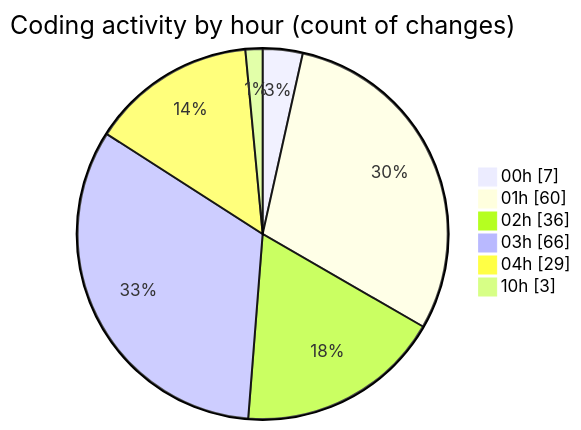
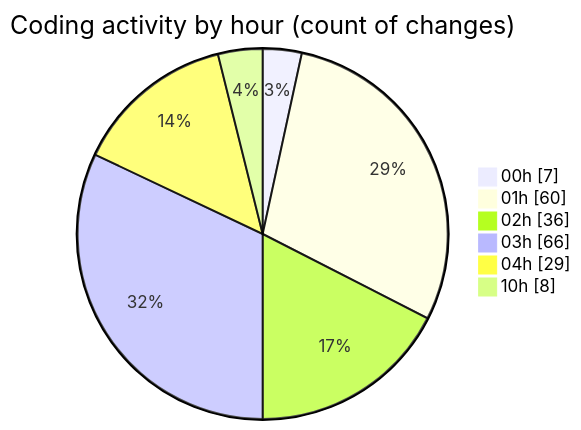
The second of 2 diagrams in 2025-10-07/eventscop-frontend-guide__workspace_/README.md (julien-gomy/code-tracking), drawn with Mermaid before and after one commit. The commit also changed other lines of this file and 1 other file, not shown here.

````diff
--- a/2025-10-07/eventscop-frontend-guide__workspace_/README.md
+++ b/2025-10-07/eventscop-frontend-guide__workspace_/README.md
@@ -96,10 +98,10 @@
 ```mermaid
 pie showData
 title Coding activity by hour (count of changes)
 "00h" : 7
 "01h" : 60
 "02h" : 36
 "03h" : 66
 "04h" : 29
-"10h" : 3
+"10h" : 8
 ```
````
